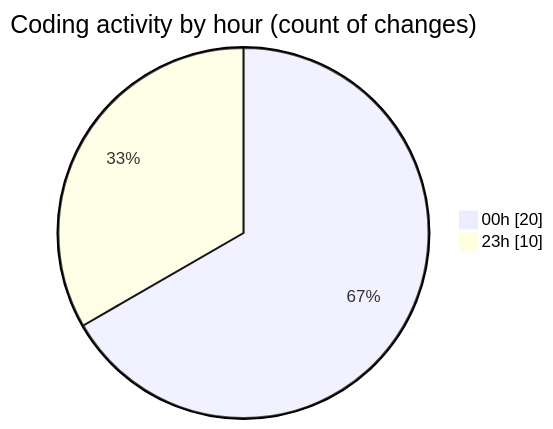
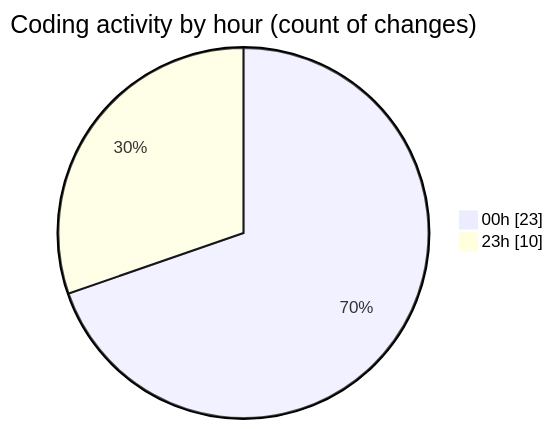
The second of 2 diagrams in 2025-07-15/nhahang/README.md (lephambinh05/code-tracking), drawn with Mermaid before and after one commit. The commit also changed other lines of this file and 1 other file, not shown here.

````diff
--- a/2025-07-15/nhahang/README.md
+++ b/2025-07-15/nhahang/README.md
@@ -42,6 +43,6 @@
 ```mermaid
 pie showData
 title Coding activity by hour (count of changes)
-"00h" : 20
+"00h" : 23
 "23h" : 10
 ```
````
